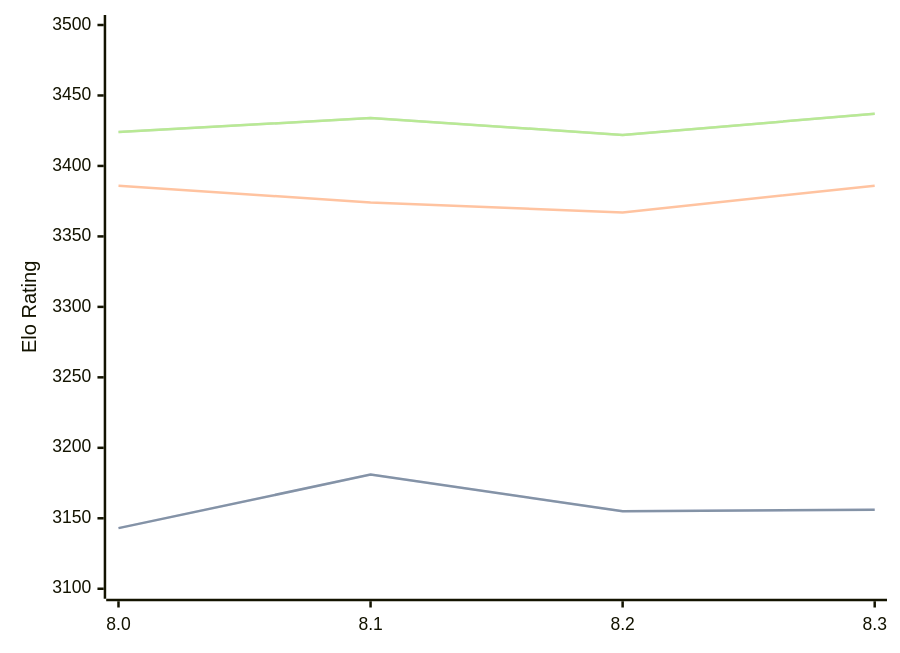
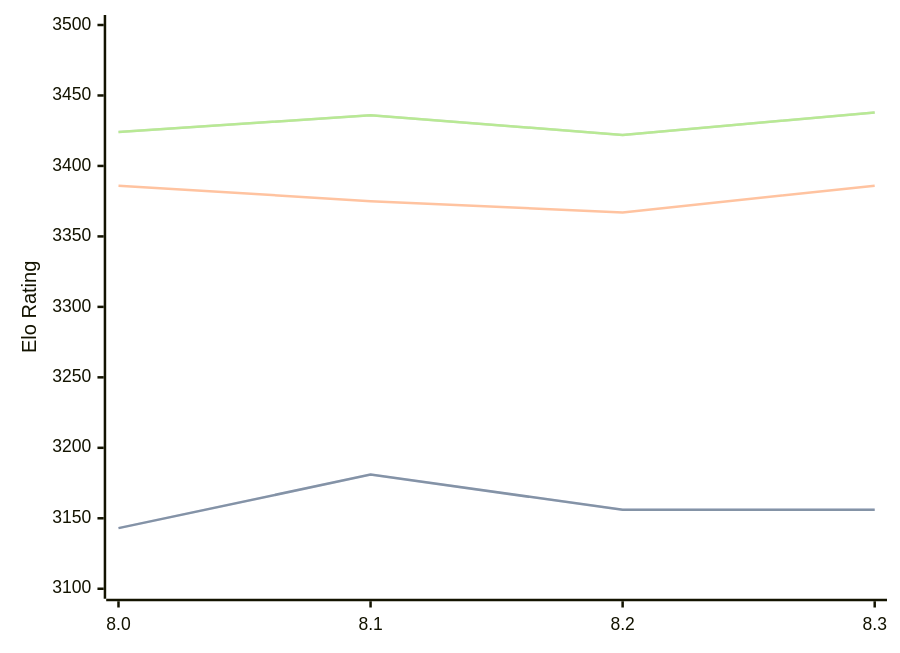
One commit to computer-chess-index/cci changed the diagram in engines/Alexander.md. Above: the diagram before and after it, drawn with Mermaid. The commit also changed other lines of this file, not shown here.

Commit message:
Update CCI Ratings (ELO VLTC) - 2026-09-18

````diff
--- a/engines/Alexander.md
+++ b/engines/Alexander.md
@@ -34,11 +34,11 @@
 ```mermaid
 %%{init: {"theme":"base","themeVariables":{"seriesColors:['#a3a3a3','#222221','#faa371']}}}%%
 xychart-beta
   x-axis ["8.0", "8.1", "8.2", "8.3"]
   y-axis "Elo Rating" 3100 --> 3500
-  line "" [3143, 3181, 3155, 3156]
-  line "STC (8.0+0.08s)" [3143, 3181, 3155, 3156]
-  line "LTC (60.0+0.60s)" [3386, 3374, 3367, 3386]
-  line "" [3424, 3434, 3422, 3437]
-  line "VLTC (2m24s+1.12s)" [3424, 3434, 3422, 3437]
+  line "" [3143, 3181, 3156, 3156]
+  line "STC (8.0+0.08s)" [3143, 3181, 3156, 3156]
+  line "LTC (60.0+0.60s)" [3386, 3375, 3367, 3386]
+  line "" [3424, 3436, 3422, 3438]
+  line "VLTC (2m24s+1.12s)" [3424, 3436, 3422, 3438]
 ```
````
